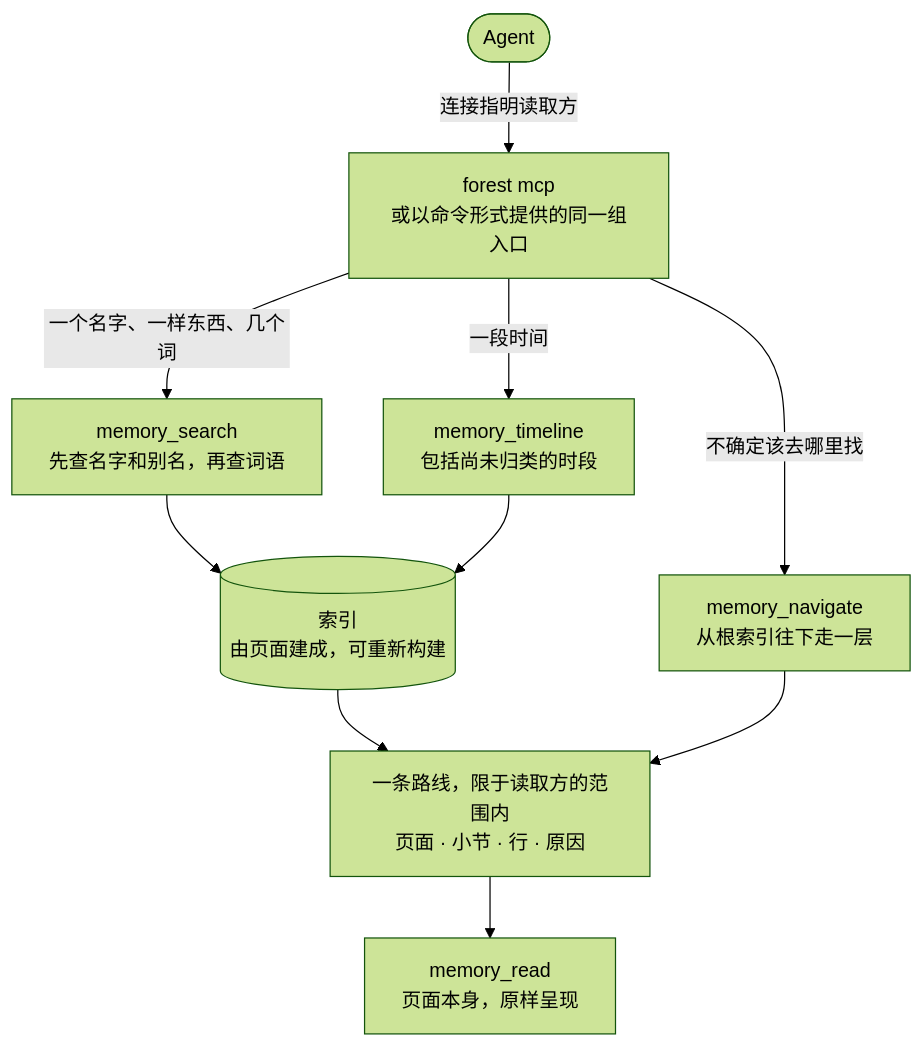
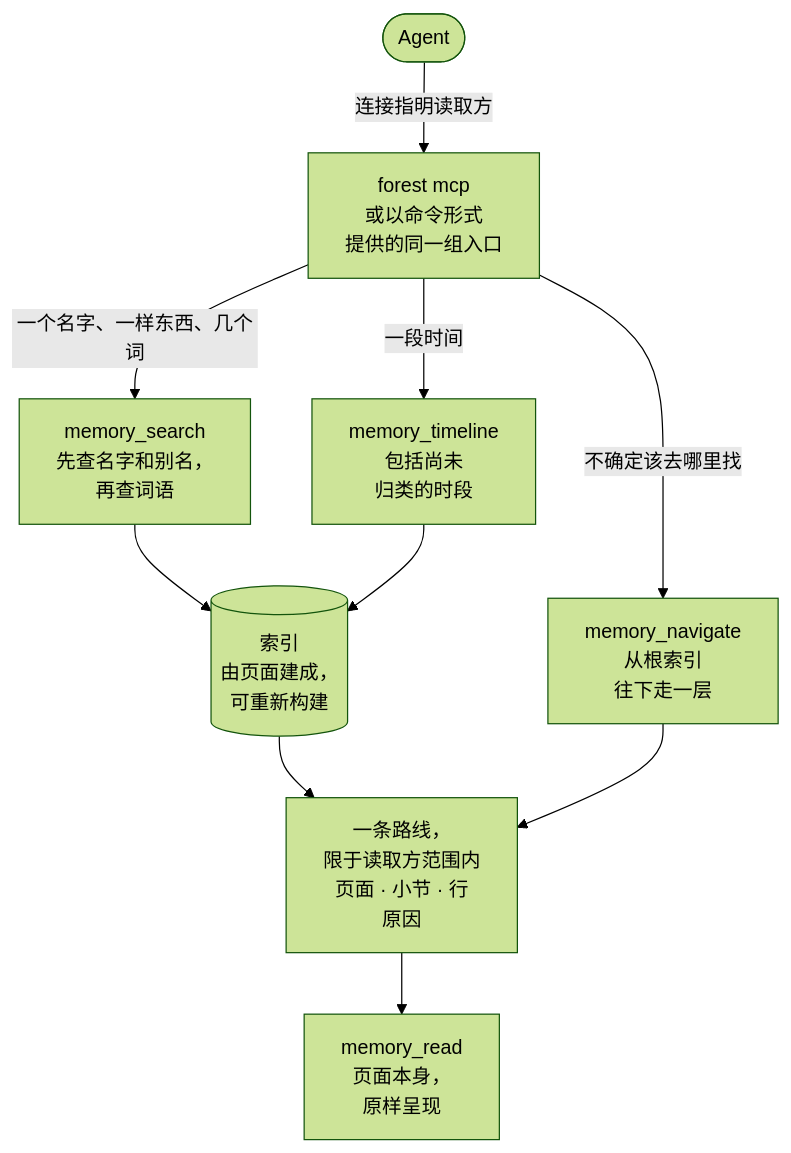
One commit to agent-memory-atlas-archive/hyungchulc--agent-memory-forest changed the second of 2 diagrams in README.zh-CN.md. Above: the diagram before and after it, drawn with Mermaid (forest theme). The commit also changed other lines of this file and 2 other files, not shown here.

Commit message:
docs: the pictures of the Korean, Chinese and Japanese pages break their lines between words
Where the repository's page draws the pictures, a label wraps at a fixed width, and a line of Korean,
Chinese or Japanese text is cut wherever that width falls: inside a word, or with one character alone
on the next line. The labels of those three pages now carry their own line breaks, placed between
words and short enough that no line is cut again.

````diff
--- a/README.zh-CN.md
+++ b/README.zh-CN.md
@@ -211,12 +211,12 @@
 ```mermaid
 flowchart TB
-    agent(["Agent"]) -- "连接指明读取方" --> door["forest mcp<br/>或以命令形式提供的同一组入口"]
-    door -- "一个名字、一样东西、几个词" --> s["memory_search<br/>先查名字和别名，再查词语"]
-    door -- "一段时间" --> t["memory_timeline<br/>包括尚未归类的时段"]
-    door -- "不确定该去哪里找" --> n["memory_navigate<br/>从根索引往下走一层"]
-    s --> idx[("索引<br/>由页面建成，可重新构建")]
+    agent(["Agent"]) -- "连接指明读取方" --> door["forest mcp<br/>或以命令形式<br/>提供的同一组入口"]
+    door -- "一个名字、一样东西、几个词" --> s["memory_search<br/>先查名字和别名，<br/>再查词语"]
+    door -- "一段时间" --> t["memory_timeline<br/>包括尚未<br/>归类的时段"]
+    door -- "不确定该去哪里找" --> n["memory_navigate<br/>从根索引<br/>往下走一层"]
+    s --> idx[("索引<br/>由页面建成，<br/>可重新构建")]
     t --> idx
-    idx --> r["一条路线，限于读取方的范围内<br/>页面 · 小节 · 行 · 原因"]
+    idx --> r["一条路线，<br/>限于读取方范围内<br/>页面 · 小节 · 行<br/>原因"]
     n --> r
-    r --> rd["memory_read<br/>页面本身，原样呈现"]
+    r --> rd["memory_read<br/>页面本身，<br/>原样呈现"]
 ```
````
